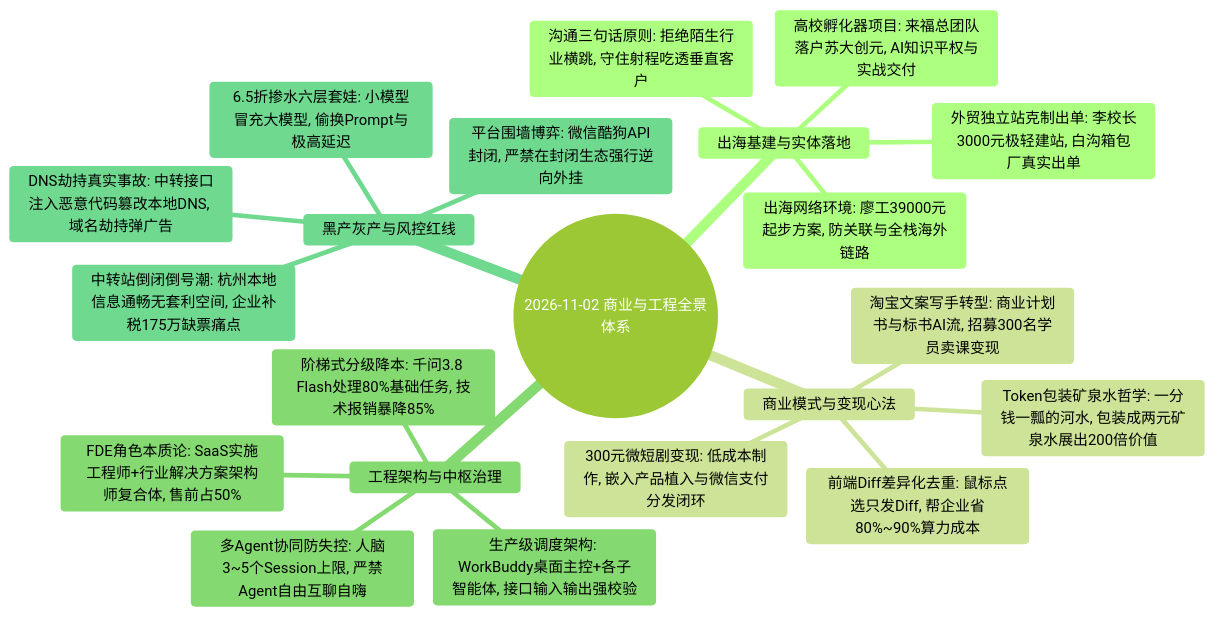
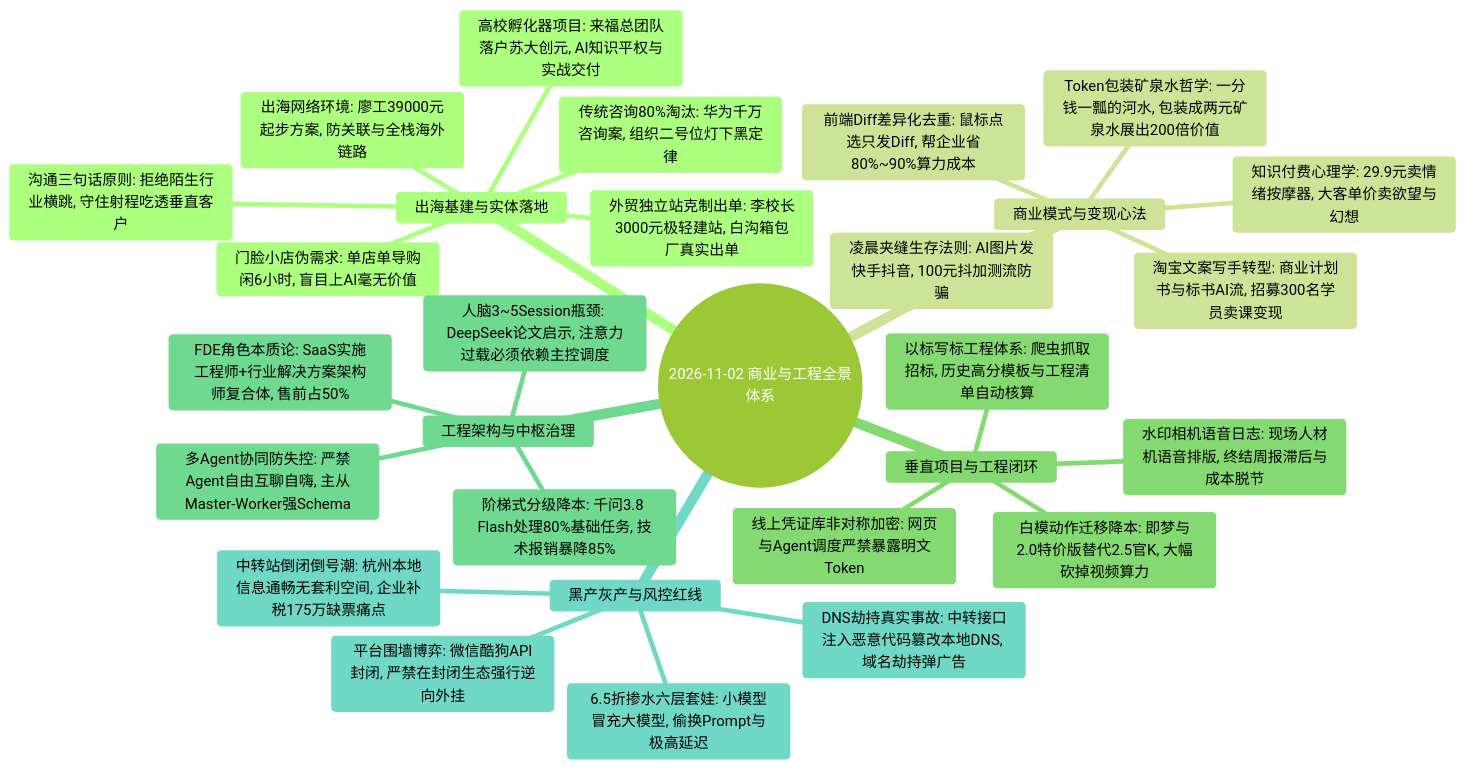
One commit to dollarser/knowledge changed the first of 16 diagrams in content/live-20261102-01.md. Above: the diagram before and after it, drawn with Mermaid (forest theme). The commit also changed other lines of this file and 1 other file, not shown here.

Commit message:
feat(qizhi): deep full-text distillation for 2026-11-02 session 92 (11.4h)

````diff
--- a/content/live-20261102-01.md
+++ b/content/live-20261102-01.md
@@ -5,24 +5,32 @@
 ```mermaid
 mindmap
   root((2026-11-02 商业与工程全景体系))
     出海基建与实体落地
       出海网络环境: 廖工39000元起步方案, 防关联与全栈海外链路
       高校孵化器项目: 来福总团队落户苏大创元, AI知识平权与实战交付
+      传统咨询80%淘汰: 华为千万咨询案, 组织二号位灯下黑定律
+      门脸小店伪需求: 单店单导购闲6小时, 盲目上AI毫无价值
       外贸独立站克制出单: 李校长3000元极轻建站, 白沟箱包厂真实出单
       沟通三句话原则: 拒绝陌生行业横跳, 守住射程吃透垂直客户
     商业模式与变现心法
       Token包装矿泉水哲学: 一分钱一瓢的河水, 包装成两元矿泉水展出200倍价值
       前端Diff差异化去重: 鼠标点选只发Diff, 帮企业省80%~90%算力成本
       淘宝文案写手转型: 商业计划书与标书AI流, 招募300名学员卖课变现
-      300元微短剧变现: 低成本制作, 嵌入产品植入与微信支付分发闭环
+      知识付费心理学: 29.9元卖情绪按摩器, 大客单价卖欲望与幻想
+      凌晨夹缝生存法则: AI图片发快手抖音, 100元抖加测流防骗
+    垂直项目与工程闭环
+      以标写标工程体系: 爬虫抓取招标, 历史高分模板与工程清单自动核算
+      水印相机语音日志: 现场人材机语音排版, 终结周报滞后与成本脱节
+      线上凭证库非对称加密: 网页与Agent调度严禁暴露明文Token
+      白模动作迁移降本: 即梦与2.0特价版替代2.5官K, 大幅砍掉视频算力
     工程架构与中枢治理
       FDE角色本质论: SaaS实施工程师+行业解决方案架构师复合体, 售前占50%
-      多Agent协同防失控: 人脑3~5个Session上限, 严禁Agent自由互聊自嗨
-      生产级调度架构: WorkBuddy桌面主控+各子智能体, 接口输入输出强校验
+      人脑3~5Session瓶颈: DeepSeek论文启示, 注意力过载必须依赖主控调度
+      多Agent协同防失控: 严禁Agent自由互聊自嗨, 主从Master-Worker强Schema
       阶梯式分级降本: 千问3.8 Flash处理80%基础任务, 技术报销暴降85%
     黑产灰产与风控红线
       中转站倒闭倒号潮: 杭州本地信息通畅无套利空间, 企业补税175万缺票痛点
       6.5折掺水六层套娃: 小模型冒充大模型, 偷换Prompt与极高延迟
       DNS劫持真实事故: 中转接口注入恶意代码篡改本地DNS, 域名劫持弹广告
       平台围墙博弈: 微信酷狗API封闭, 严禁在封闭生态强行逆向外挂
 ```
````
